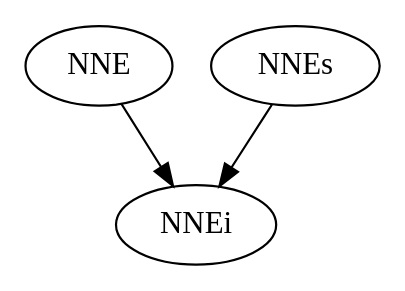
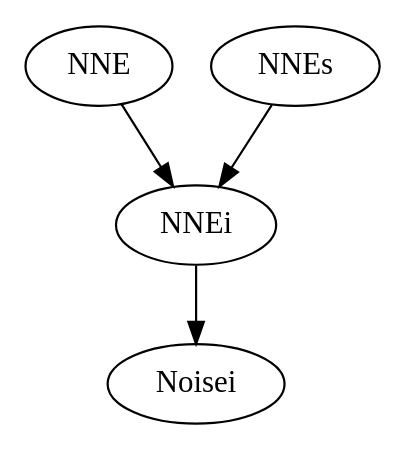
One commit to jorgomezga/AVCA-ByO changed the diagram in doc/src/PerturbationFluctuation/Perturbation/nne/graph.dot. Above: the diagram before and after it, drawn with Graphviz. The commit also changed 198 other files, not shown here.

```diff
--- a/doc/src/PerturbationFluctuation/Perturbation/nne/graph.dot
+++ b/doc/src/PerturbationFluctuation/Perturbation/nne/graph.dot
@@ -1,9 +1,11 @@
 /* Created by mdot for Matlab */
 digraph m2html {
   NNE -> NNEi;
+  NNEi -> Noisei;
   NNEs -> NNEi;
 
   NNE [URL="NNE.html"];
   NNEi [URL="NNEi.html"];
   NNEs [URL="NNEs.html"];
+  Noisei [URL="Noisei.html"];
 }
```
